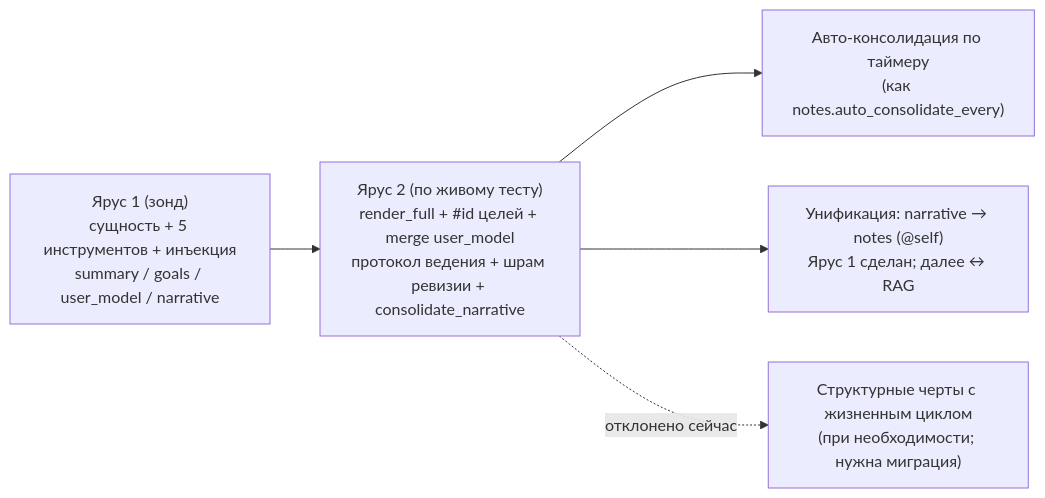
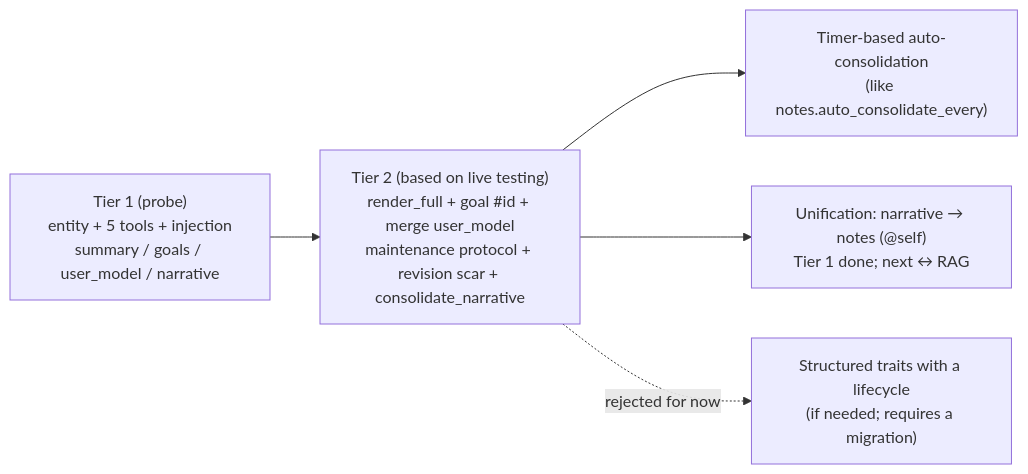
Before and after one commit to vshylov/mindfork-rs: diagram 15 of 17 in docs/architecture.md, drawn with Mermaid. The commit also changed other lines of this file and 18 other files, not shown here.

````diff
--- a/docs/architecture.md
+++ b/docs/architecture.md
@@ -1352,12 +1464,12 @@
 ```mermaid
 flowchart LR
-    Y1["Ярус 1 (зонд)<br/>сущность + 5 инструментов + инъекция<br/>summary / goals / user_model / narrative"]
-    Y2["Ярус 2 (по живому тесту)<br/>render_full + #id целей + merge user_model<br/>протокол ведения + шрам ревизии + consolidate_narrative"]
-    F1["Авто-консолидация по таймеру<br/>(как notes.auto_consolidate_every)"]
-    F2["Унификация: narrative → notes (@self)<br/>Ярус 1 сделан; далее ↔ RAG"]
-    F3["Структурные черты с жизненным циклом<br/>(при необходимости; нужна миграция)"]
+    Y1["Tier 1 (probe)<br/>entity + 5 tools + injection<br/>summary / goals / user_model / narrative"]
+    Y2["Tier 2 (based on live testing)<br/>render_full + goal #id + merge user_model<br/>maintenance protocol + revision scar + consolidate_narrative"]
+    F1["Timer-based auto-consolidation<br/>(like notes.auto_consolidate_every)"]
+    F2["Unification: narrative → notes (@self)<br/>Tier 1 done; next ↔ RAG"]
+    F3["Structured traits with a lifecycle<br/>(if needed; requires a migration)"]
     Y1 --> Y2
     Y2 --> F1
     Y2 --> F2
-    Y2 -.->|отклонено сейчас| F3
+    Y2 -.->|rejected for now| F3
 ```
````
